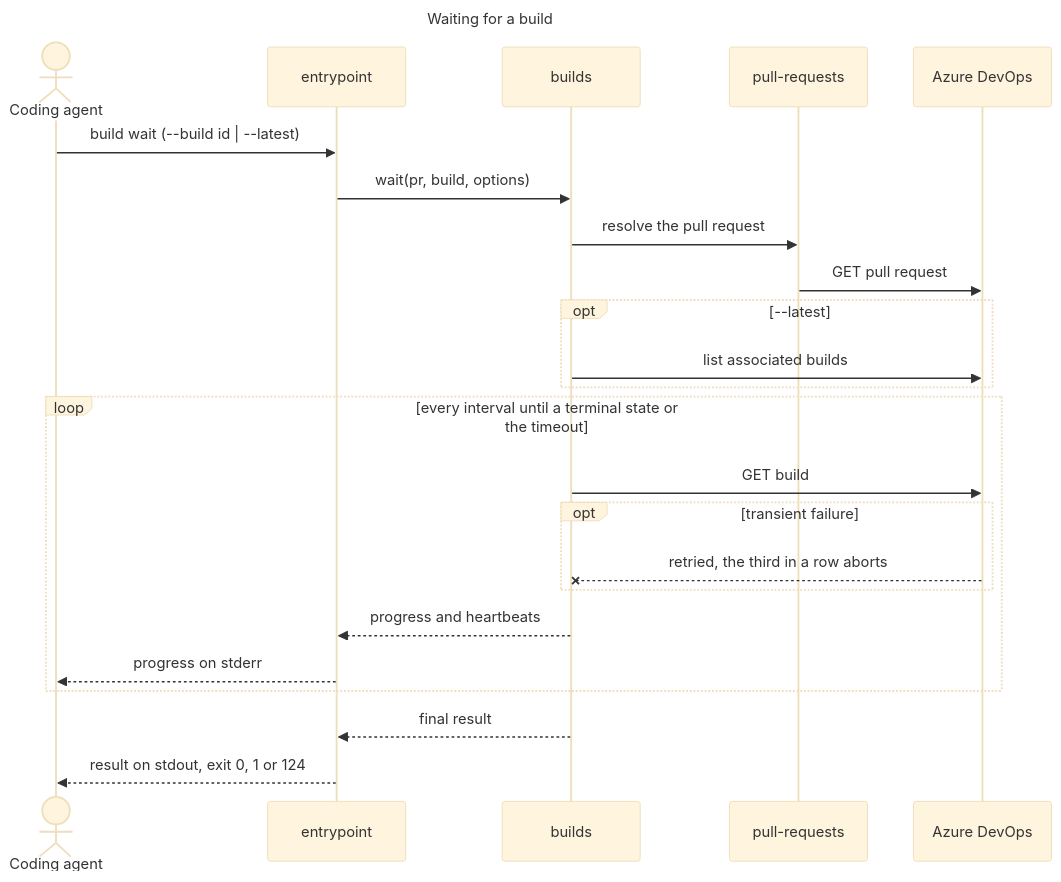
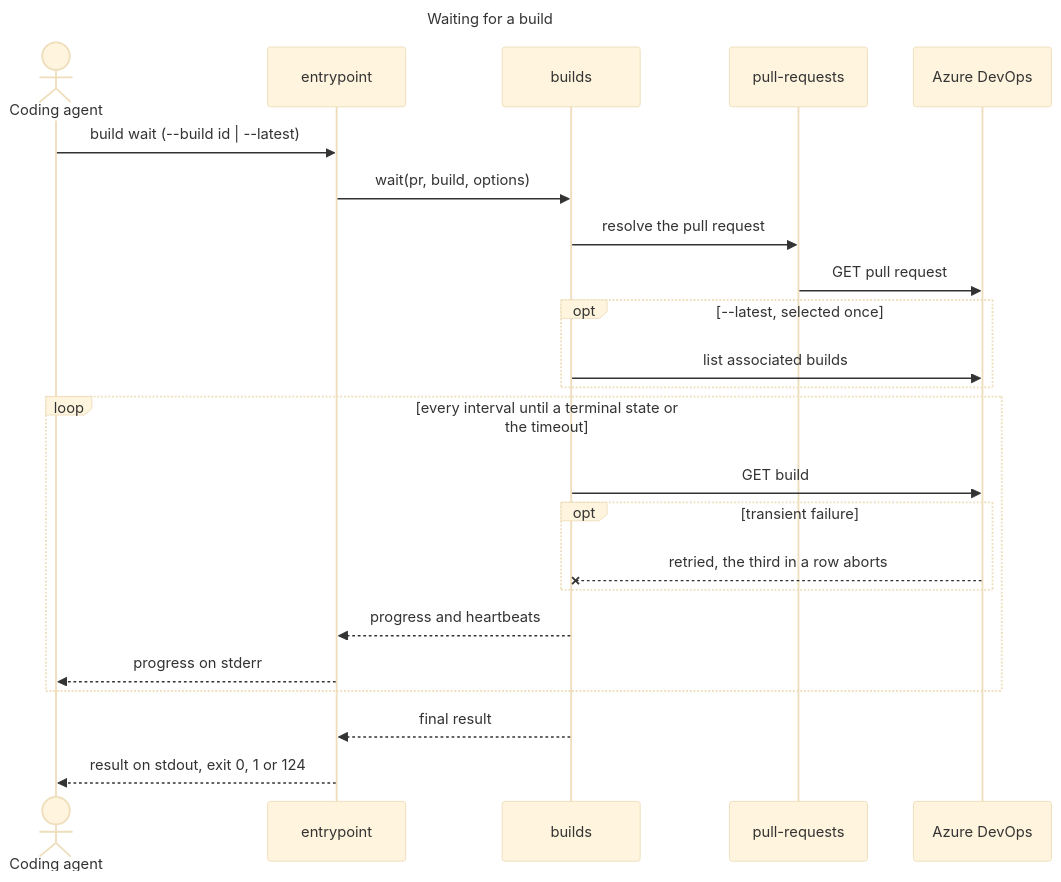
The fifth of 5 diagrams in docs/architecture/architecture.md (remshams/ado-pr), drawn with Mermaid (base theme) before and after one commit. The commit also changed other lines of this file and 1 other file, not shown here.

Commit message:
docs(Architecture): drop the remaining repeated runtime prose

````diff
--- a/docs/architecture/architecture.md
+++ b/docs/architecture/architecture.md
@@ -189,28 +189,28 @@
 ```mermaid
 ---
 title: Waiting for a build
 ---
 sequenceDiagram
     actor Agent as Coding agent
     participant Entry as entrypoint
     participant Builds as builds
     participant Prs as pull-requests
     participant Azure as Azure DevOps
     Agent->>Entry: build wait (--build id | --latest)
     Entry->>Builds: wait(pr, build, options)
     Builds->>Prs: resolve the pull request
     Prs->>Azure: GET pull request
-    opt --latest
+    opt --latest, selected once
         Builds->>Azure: list associated builds
     end
     loop every interval until a terminal state or the timeout
         Builds->>Azure: GET build
         opt transient failure
             Azure--xBuilds: retried, the third in a row aborts
         end
         Builds-->>Entry: progress and heartbeats
         Entry-->>Agent: progress on stderr
     end
     Builds-->>Entry: final result
     Entry-->>Agent: result on stdout, exit 0, 1 or 124
 ```
````
